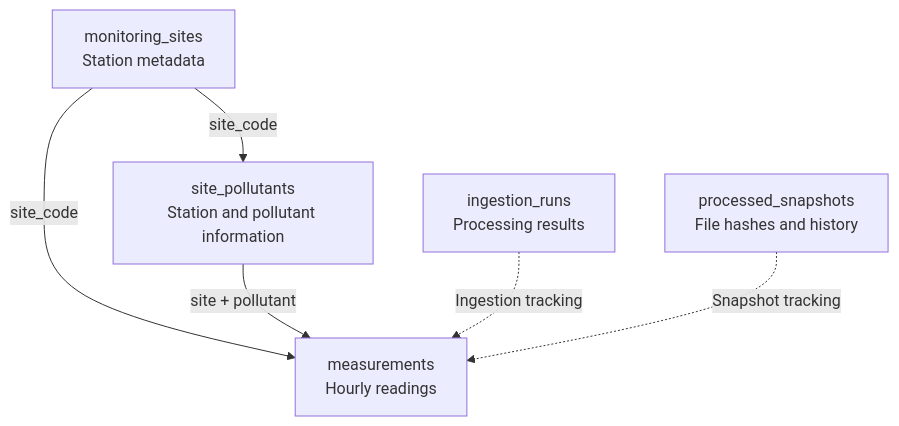
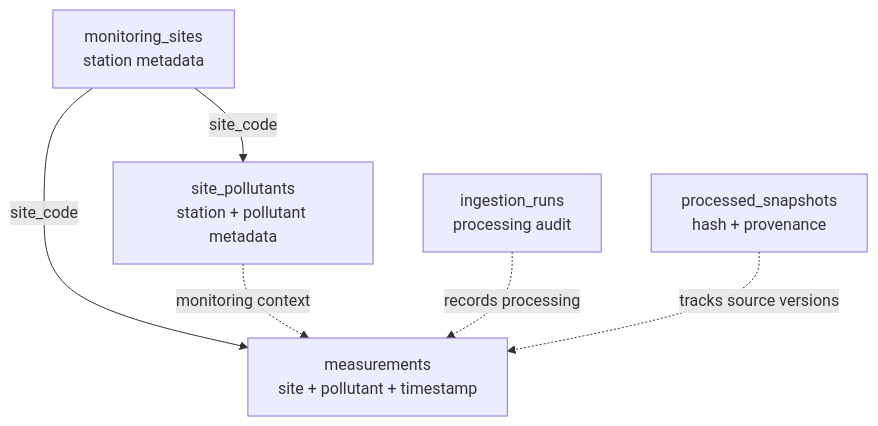
One commit to parvathysn10/AirLens-London changed the fourth of 4 diagrams in README.md. Above: the diagram before and after it, drawn with Mermaid. The commit also changed other lines of this file, not shown here.

Commit message:
Document multi-pollutant pipeline and dashboard

````diff
--- a/README.md
+++ b/README.md
@@ -168,14 +195,13 @@
 ```mermaid
 flowchart TB
-    S["monitoring_sites<br/>Station metadata"]
-    P["site_pollutants<br/>Station and pollutant information"]
-    M["measurements<br/>Hourly readings"]
-    R["ingestion_runs<br/>Processing results"]
-    H["processed_snapshots<br/>File hashes and history"]
-
-    S -->|"site_code"| M
-    S -->|"site_code"| P
-    P -->|"site + pollutant"| M
-    R -.->|"Ingestion tracking"| M
-    H -.->|"Snapshot tracking"| M
+    S["monitoring_sites<br/>station metadata"]
+    P["site_pollutants<br/>station + pollutant metadata"]
+    M["measurements<br/>site + pollutant + timestamp"]
+    R["ingestion_runs<br/>processing audit"]
+    H["processed_snapshots<br/>hash + provenance"]
+    S -->|site_code| P
+    S -->|site_code| M
+    P -.->|monitoring context| M
+    R -.->|records processing| M
+    H -.->|tracks source versions| M
 ```
````
